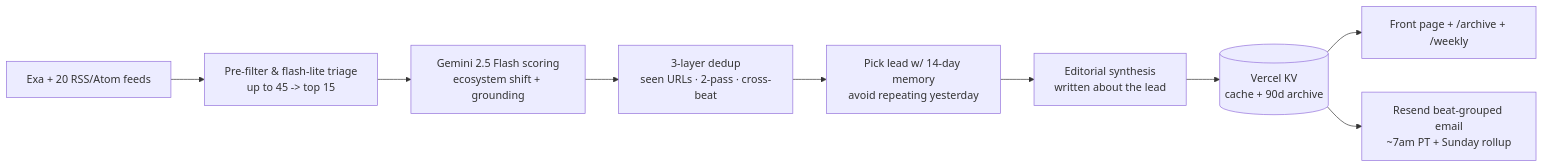
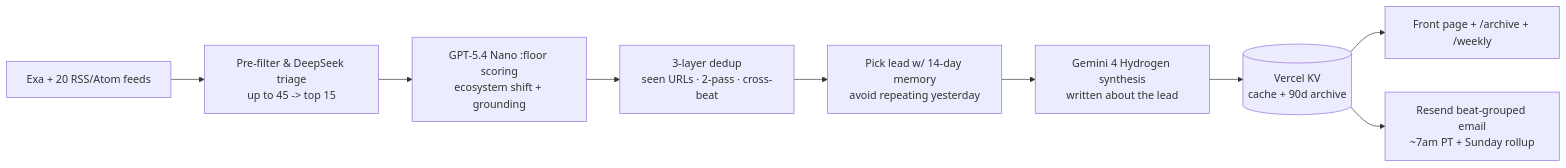
One commit to madfreakz/ai-digest changed the diagram in README.md. Above: the diagram before and after it, drawn with Mermaid. The commit also changed other lines of this file, not shown here.

````diff
--- a/README.md
+++ b/README.md
@@ -31,11 +31,11 @@
 ```mermaid
 flowchart LR
-    A[Exa + 20 RSS/Atom feeds] --> B[Pre-filter & flash-lite triage<br/>up to 45 -> top 15]
-    B --> C[Gemini 2.5 Flash scoring<br/>ecosystem shift + grounding]
+    A[Exa + 20 RSS/Atom feeds] --> B[Pre-filter & DeepSeek triage<br/>up to 45 -> top 15]
+    B --> C[GPT-5.4 Nano :floor scoring<br/>ecosystem shift + grounding]
     C --> D[3-layer dedup<br/>seen URLs · 2-pass · cross-beat]
     D --> E[Pick lead w/ 14-day memory<br/>avoid repeating yesterday]
-    E --> F[Editorial synthesis<br/>written about the lead]
+    E --> F[Gemini 4 Hydrogen synthesis<br/>written about the lead]
     F --> G[(Vercel KV<br/>cache + 90d archive)]
     G --> H[Front page + /archive + /weekly]
     G --> I[Resend beat-grouped email<br/>~7am PT + Sunday rollup]
 ```
````
